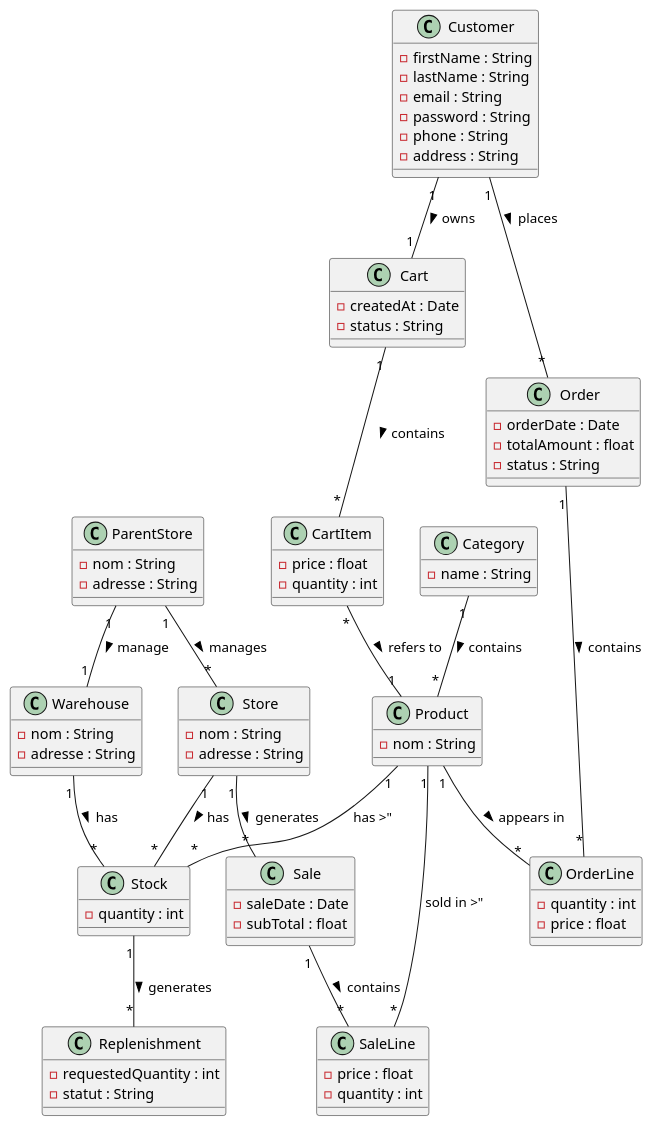
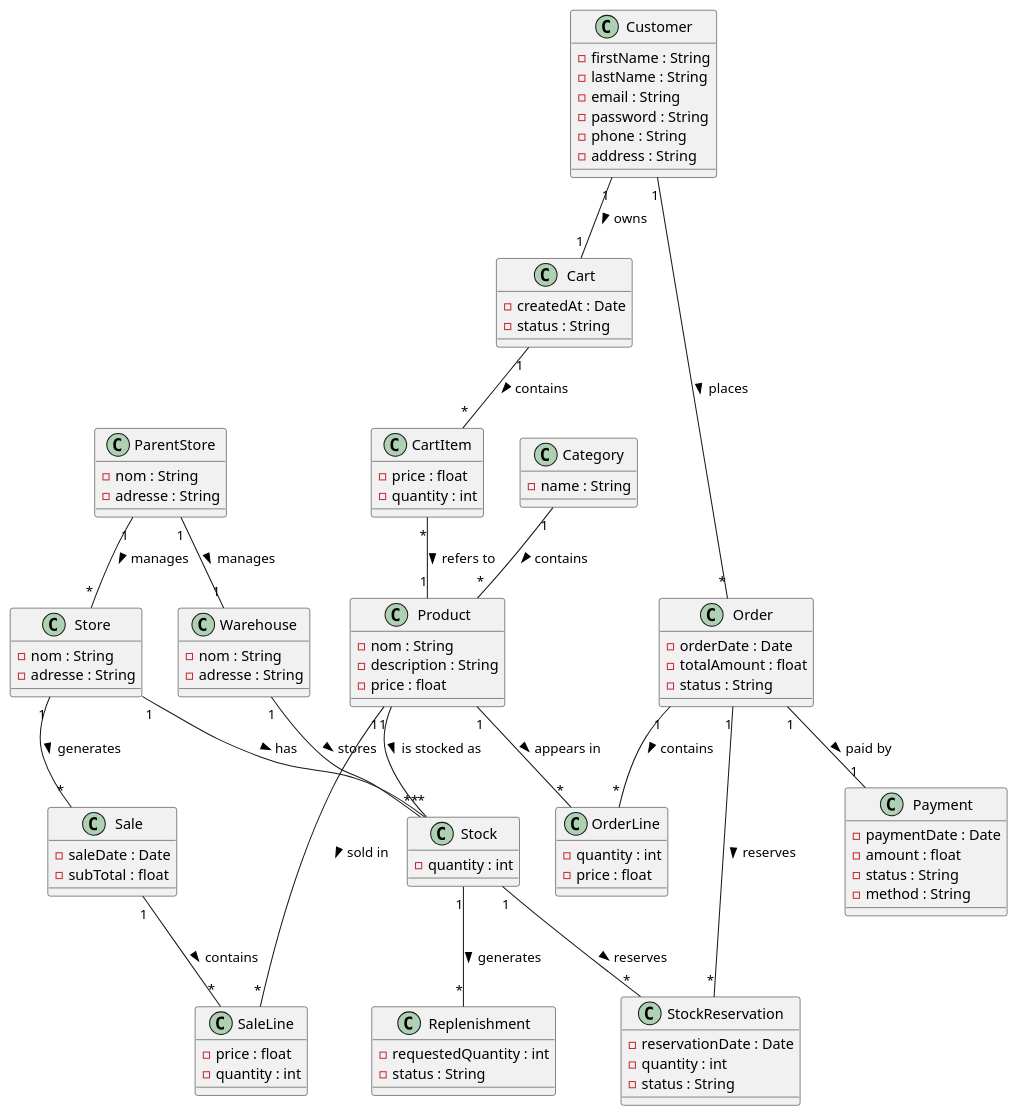
Before and after one commit to Jonathan-Lorfils/LOG430-Lab: the diagram in docs/UML/VueLogique.puml, drawn with PlantUML. The commit also changed 10 other files, not shown here.

Commit message:
implement checkStockAvailability / createStockReservation routes

```diff
--- a/docs/UML/VueLogique.puml
+++ b/docs/UML/VueLogique.puml
@@ -1,95 +1,116 @@
 @startuml VueLogique
 
 class ParentStore {
   - nom : String
   - adresse : String
 }
 
 class Warehouse {
   - nom : String
   - adresse : String
 }
 
 class Store {
   - nom : String
   - adresse : String
 }
 
 class Product {
   - nom : String
+  - description : String
+  - price : float
 }
 
 class Category {
   - name : String
 }
 
 class Stock {
   - quantity : int
 }
 
+class StockReservation {
+  - reservationDate : Date
+  - quantity : int
+  - status : String
+}
+
+class Replenishment {
+  - requestedQuantity : int
+  - status : String
+}
+
 class Sale {
   - saleDate : Date
   - subTotal : float
 }
 
 class SaleLine {
   - price : float
   - quantity : int
-}
-
-class Replenishment {
-  - requestedQuantity : int
-  - statut : String
 }
 
 class Customer {
   - firstName : String
   - lastName : String
   - email : String
   - password : String
   - phone : String
   - address : String
 }
 
 class Cart {
   - createdAt : Date
   - status : String
 }
 
 class CartItem {
   - price : float
   - quantity : int
 }
 
 class Order {
   - orderDate : Date
   - totalAmount : float
   - status : String
 }
 
 class OrderLine {
   - quantity : int
   - price : float
 }
 
-' Relations existantes
+class Payment {
+  - paymentDate : Date
+  - amount : float
+  - status : String
+  - method : String
+}
+
 Category "1" -- "*" Product : contains >
-ParentStore "1" -- "1" Warehouse : manage >
+
+ParentStore "1" -- "1" Warehouse : manages >
 ParentStore "1" -- "*" Store : manages >
+Warehouse "1" -- "*" Stock : stores >
 Store "1" -- "*" Stock : has >
+
+Product "1" -- "*" Stock : is stocked as >
+Stock "1" -- "*" StockReservation : reserves >
+Stock "1" -- "*" Replenishment : generates >
+
 Store "1" -- "*" Sale : generates >
-Warehouse "1" -- "*" Stock : has >
-Product "1" -- "*" Stock : has >"
-Product "1" -- "*" SaleLine : sold in >"
-Stock "1" -- "*" Replenishment : generates >
 Sale "1" -- "*" SaleLine : contains >
+Product "1" -- "*" SaleLine : sold in >
 
-' Relations e-commerce
 Customer "1" -- "1" Cart : owns >
 Cart "1" -- "*" CartItem : contains >
 CartItem "*" -- "1" Product : refers to >
+
 Customer "1" -- "*" Order : places >
 Order "1" -- "*" OrderLine : contains >
 Product "1" -- "*" OrderLine : appears in >
 
+Order "1" -- "*" StockReservation : reserves >
+Order "1" -- "1" Payment : paid by >
+
 @enduml
```
